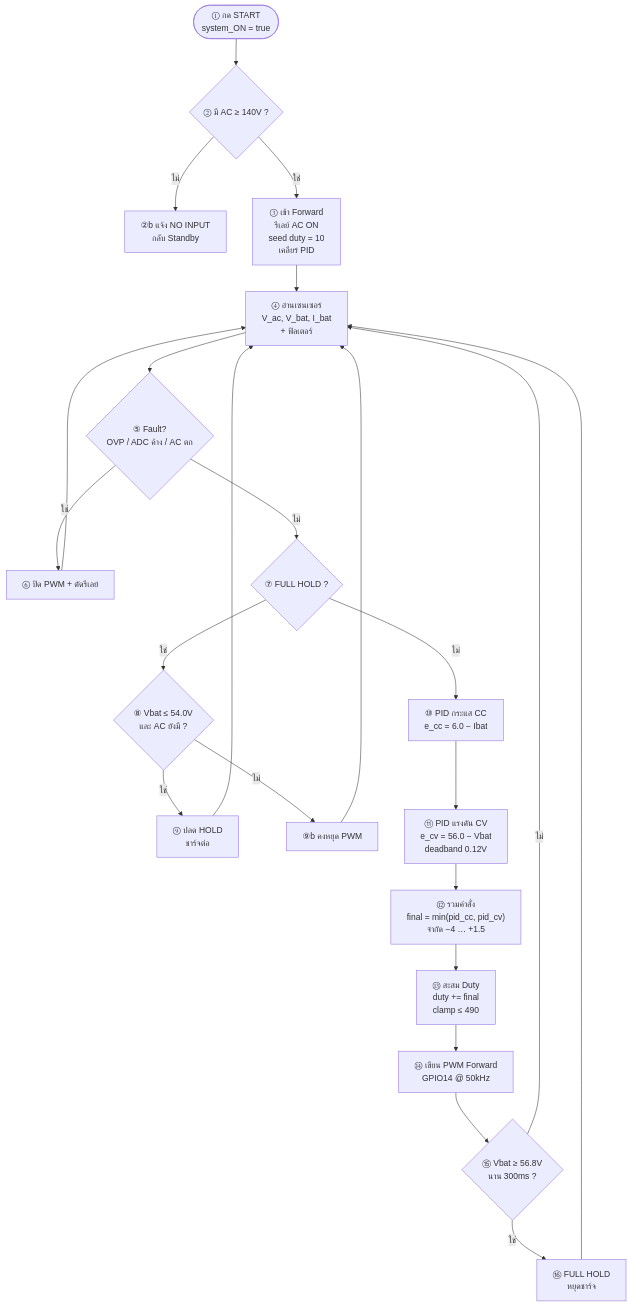
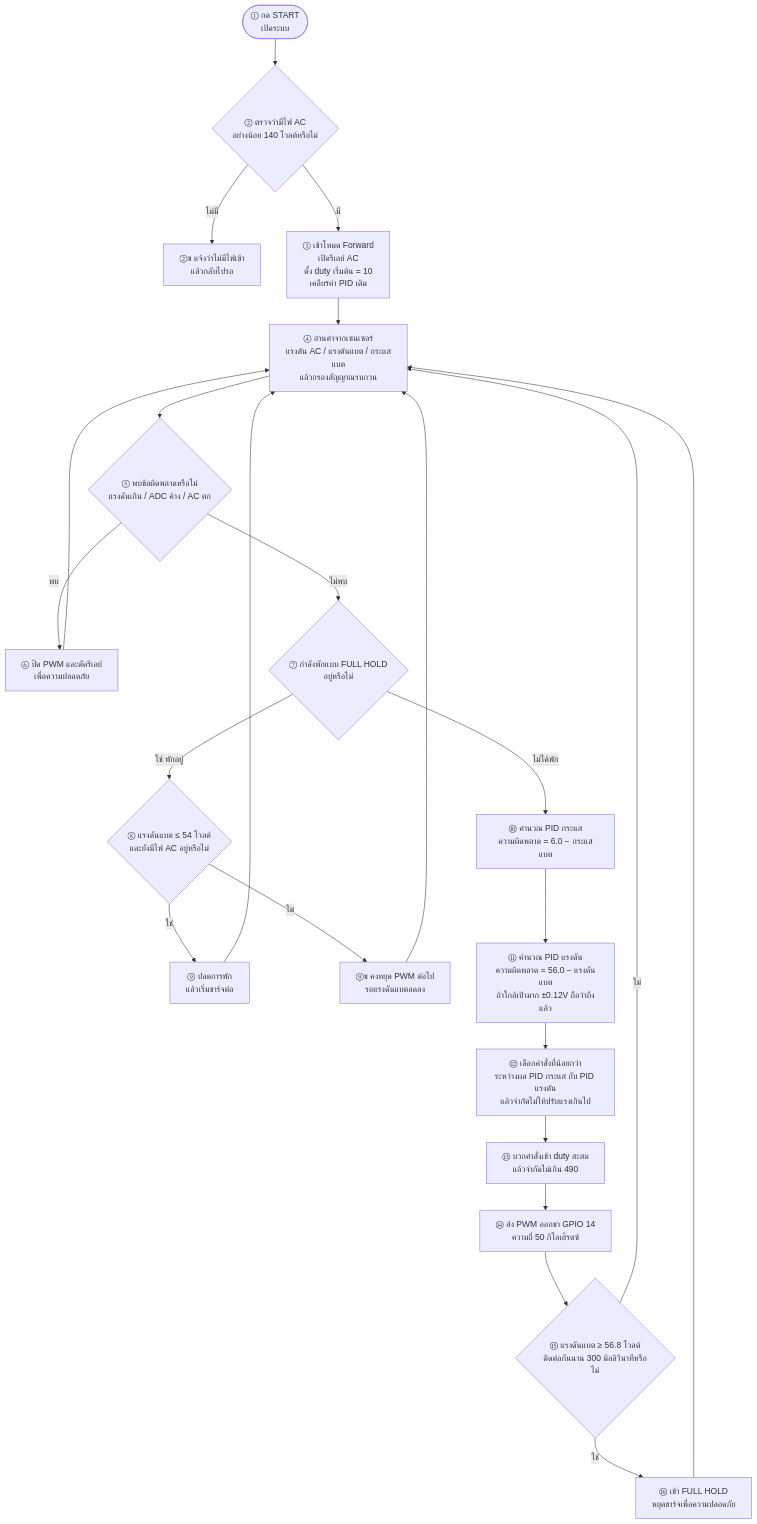
Before and after one commit to phoomipornker-code/code: the diagram in docs/flowchart-forward-only.mmd, drawn with Mermaid. The commit also changed 1 other file, not shown here.

Commit message:
Expand Forward-only flowchart with full Thai step explanations
Numbered steps 1-16 with plain-language Thai descriptions of
sensor checks, dual PID min logic, duty clamp, and FULL HOLD.

```diff
--- a/docs/flowchart-forward-only.mmd
+++ b/docs/flowchart-forward-only.mmd
@@ -1,19 +1,19 @@
 flowchart TD
-    A(["① กด START<br/>system_ON = true"]) --> B{"② มี AC ≥ 140V ?"}
-    B -- ไม่ --> Z["②b แจ้ง NO INPUT<br/>กลับ Standby"]
-    B -- ใช่ --> C["③ เข้า Forward<br/>รีเลย์ AC ON<br/>seed duty = 10<br/>เคลียร์ PID"]
-    C --> D["④ อ่านเซนเซอร์<br/>V_ac, V_bat, I_bat<br/>+ ฟิลเตอร์"]
-    D --> E{"⑤ Fault?<br/>OVP / ADC ค้าง / AC ตก"}
-    E -- ใช่ --> F["⑥ ปิด PWM + ตัดรีเลย์"] --> D
-    E -- ไม่ --> G{"⑦ FULL HOLD ?"}
-    G -- ใช่ --> H{"⑧ Vbat ≤ 54.0V<br/>และ AC ยังมี ?"}
-    H -- ใช่ --> I["⑨ ปลด HOLD<br/>ชาร์จต่อ"] --> D
-    H -- ไม่ --> J["⑨b คงหยุด PWM"] --> D
-    G -- ไม่ --> K["⑩ PID กระแส CC<br/>e_cc = 6.0 − Ibat"]
-    K --> L["⑪ PID แรงดัน CV<br/>e_cv = 56.0 − Vbat<br/>deadband 0.12V"]
-    L --> M["⑫ รวมคำสั่ง<br/>final = min(pid_cc, pid_cv)<br/>จำกัด −4 … +1.5"]
-    M --> N["⑬ สะสม Duty<br/>duty += final<br/>clamp ≤ 490"]
-    N --> O["⑭ เขียน PWM Forward<br/>GPIO14 @ 50kHz"]
-    O --> P{"⑮ Vbat ≥ 56.8V<br/>นาน 300ms ?"}
-    P -- ใช่ --> Q["⑯ FULL HOLD<br/>หยุดชาร์จ"] --> D
+    A(["① กด START<br/>เปิดระบบ"]) --> B{"② ตรวจว่ามีไฟ AC<br/>อย่างน้อย 140 โวลต์หรือไม่"}
+    B -- ไม่มี --> Z["②ข แจ้งว่าไม่มีไฟเข้า<br/>แล้วกลับไปรอ"]
+    B -- มี --> C["③ เข้าโหมด Forward<br/>เปิดรีเลย์ AC<br/>ตั้ง duty เริ่มต้น = 10<br/>เคลียร์ค่า PID เดิม"]
+    C --> D["④ อ่านค่าจากเซนเซอร์<br/>แรงดัน AC / แรงดันแบต / กระแสแบต<br/>แล้วกรองสัญญาณรบกวน"]
+    D --> E{"⑤ พบข้อผิดพลาดหรือไม่<br/>แรงดันเกิน / ADC ค้าง / AC ตก"}
+    E -- พบ --> F["⑥ ปิด PWM และตัดรีเลย์<br/>เพื่อความปลอดภัย"] --> D
+    E -- ไม่พบ --> G{"⑦ กำลังพักแบบ FULL HOLD<br/>อยู่หรือไม่"}
+    G -- ใช่ พักอยู่ --> H{"⑧ แรงดันแบต ≤ 54 โวลต์<br/>และยังมีไฟ AC อยู่หรือไม่"}
+    H -- ใช่ --> I["⑨ ปลดการพัก<br/>แล้วเริ่มชาร์จต่อ"] --> D
+    H -- ไม่ --> J["⑨ข คงหยุด PWM ต่อไป<br/>รอแรงดันแบตลดลง"] --> D
+    G -- ไม่ได้พัก --> K["⑩ คำนวณ PID กระแส<br/>ความผิดพลาด = 6.0 − กระแสแบต"]
+    K --> L["⑪ คำนวณ PID แรงดัน<br/>ความผิดพลาด = 56.0 − แรงดันแบต<br/>ถ้าใกล้เป้ามาก ±0.12V ถือว่าถึงแล้ว"]
+    L --> M["⑫ เลือกคำสั่งที่น้อยกว่า<br/>ระหว่างผล PID กระแส กับ PID แรงดัน<br/>แล้วจำกัดไม่ให้ปรับแรงเกินไป"]
+    M --> N["⑬ บวกคำสั่งเข้า duty สะสม<br/>แล้วจำกัดไม่เกิน 490"]
+    N --> O["⑭ ส่ง PWM ออกขา GPIO 14<br/>ความถี่ 50 กิโลเฮิรตซ์"]
+    O --> P{"⑮ แรงดันแบต ≥ 56.8 โวลต์<br/>ติดต่อกันนาน 300 มิลลิวินาทีหรือไม่"}
+    P -- ใช่ --> Q["⑯ เข้า FULL HOLD<br/>หยุดชาร์จเพื่อความปลอดภัย"] --> D
     P -- ไม่ --> D
```
